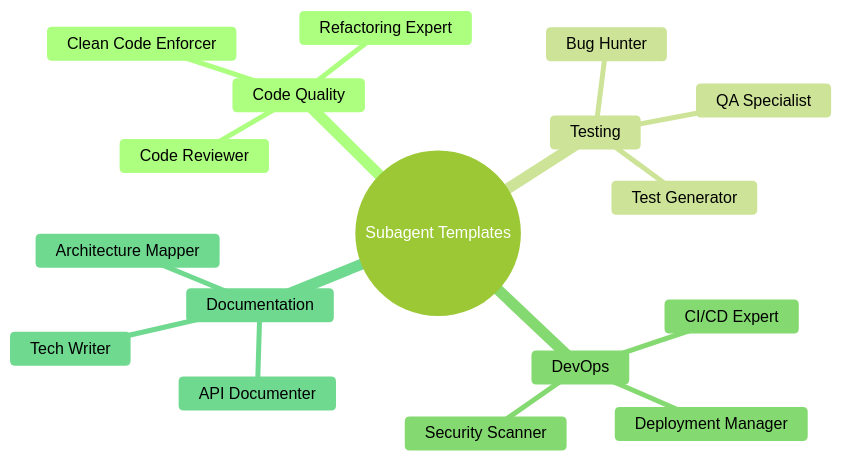
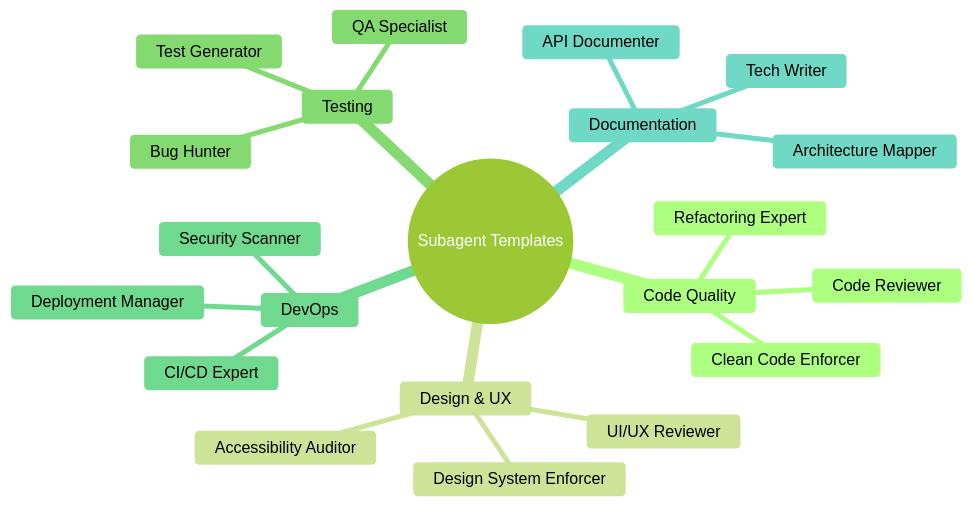
Before and after one commit to kareddy-dev/explore: the first of 2 diagrams in tools/claude-code/subagent-templates.md, drawn with Mermaid (forest theme). The commit also changed other lines of this file and 3 other files, not shown here.

````diff
--- a/tools/claude-code/subagent-templates.md
+++ b/tools/claude-code/subagent-templates.md
@@ -20,20 +21,24 @@
 ```mermaid
 mindmap
   root((Subagent Templates))
     Code Quality
       Code Reviewer
       Refactoring Expert
       Clean Code Enforcer
+    Design & UX
+      Design System Enforcer
+      UI/UX Reviewer
+      Accessibility Auditor
     Testing
       Test Generator
       Bug Hunter
       QA Specialist
     DevOps
       CI/CD Expert
       Deployment Manager
       Security Scanner
     Documentation
       API Documenter
       Tech Writer
       Architecture Mapper
 ```
````
